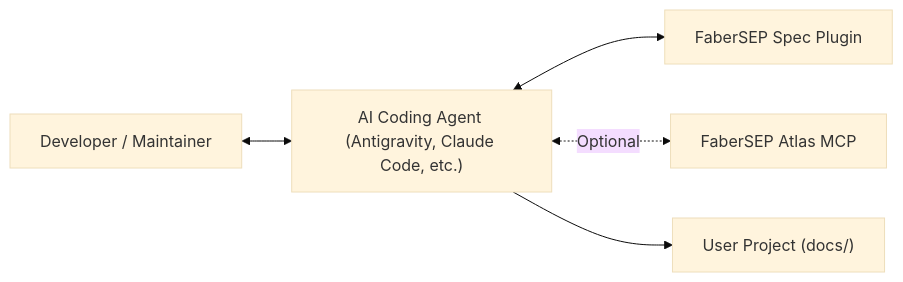
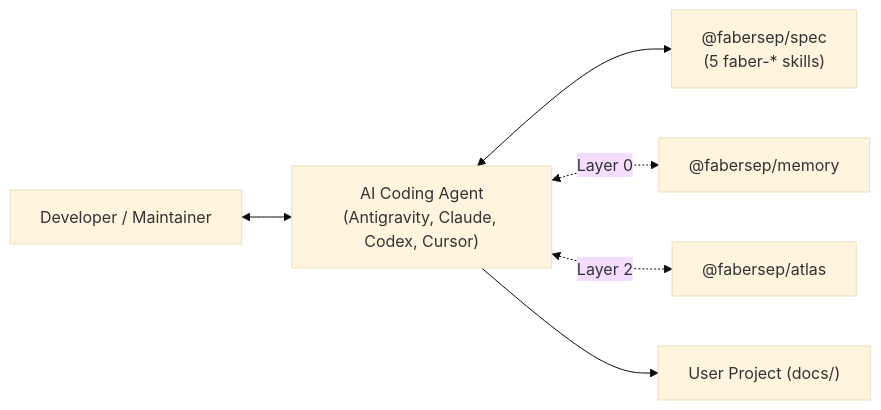
One commit to fabersep/spec changed the diagram in docs/master-prd.md. Above: the diagram before and after it, drawn with Mermaid (base theme). The commit also changed other lines of this file and 17 other files, not shown here.

````diff
--- a/docs/master-prd.md
+++ b/docs/master-prd.md
@@ -40,7 +40,8 @@
 ```mermaid
 flowchart LR
-    Dev["Developer / Maintainer"] <--> Agent["AI Coding Agent (Antigravity, Claude Code, etc.)"]
-    Agent <--> Spec["FaberSEP Spec Plugin"]
-    Agent <-.->|Optional| Atlas["FaberSEP Atlas MCP"]
+    Dev["Developer / Maintainer"] <--> Agent["AI Coding Agent<br/>(Antigravity, Claude, Codex, Cursor)"]
+    Agent <--> Spec["@fabersep/spec<br/>(5 faber-* skills)"]
+    Agent <-.->|Layer 0| Mem["@fabersep/memory"]
+    Agent <-.->|Layer 2| Atlas["@fabersep/atlas"]
     Agent --> Repo["User Project (docs/)"]
 ```
````
